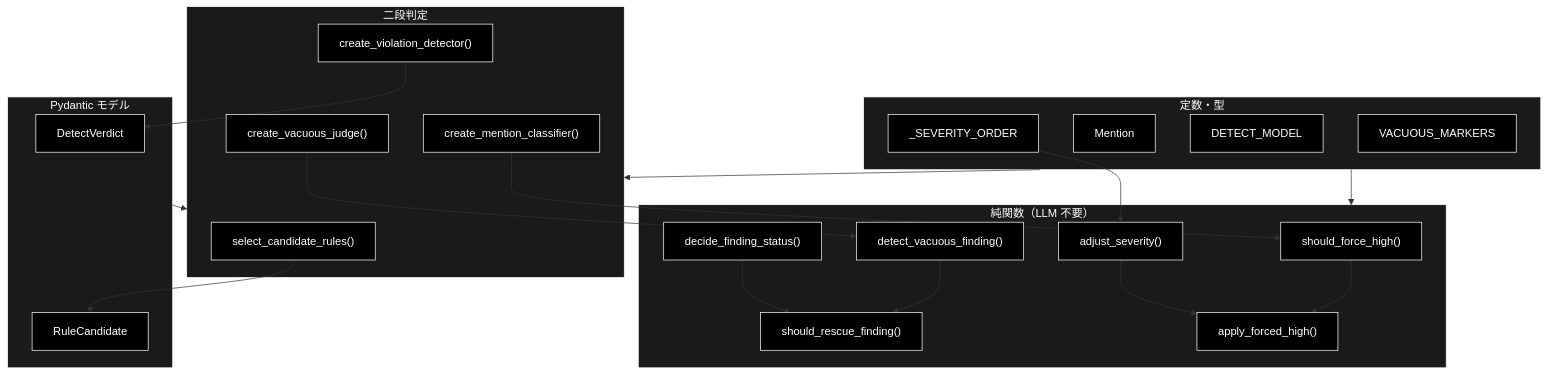
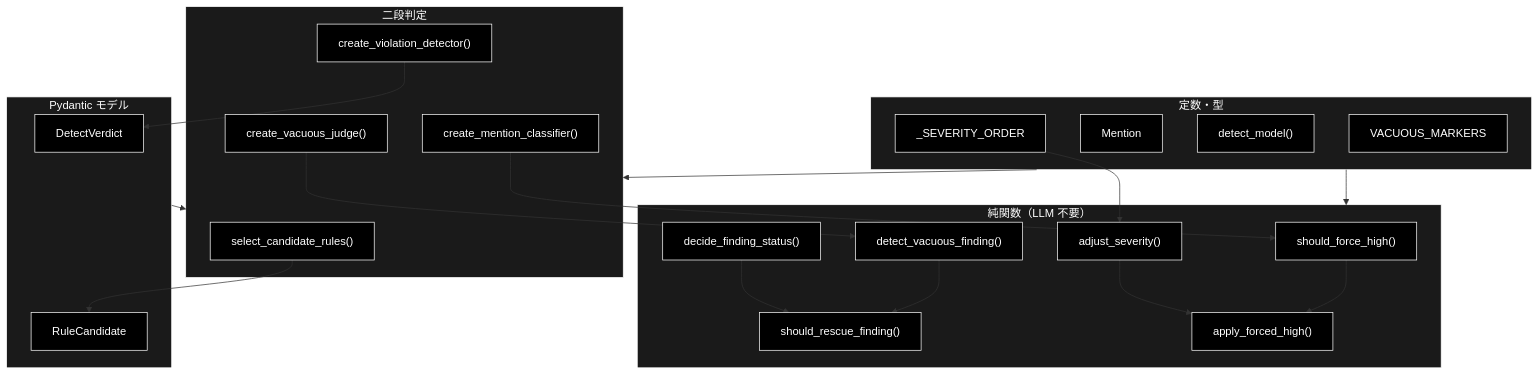
The second of 3 diagrams in backend/docs/core_review_gates.md (nakashima2toshio/grace_v2_local), drawn with Mermaid before and after one commit. The commit also changed other lines of this file and 5 other files, not shown here.

````diff
--- a/backend/docs/core_review_gates.md
+++ b/backend/docs/core_review_gates.md
@@ -142,50 +142,50 @@
 ```mermaid
 flowchart TB
     subgraph CONST["定数・型"]
-        DM["DETECT_MODEL"]
+        DM["detect_model()"]
         MEN["Mention"]
         SORD["_SEVERITY_ORDER"]
         VM["VACUOUS_MARKERS"]
     end
 
     subgraph MODELS["Pydantic モデル"]
         DV["DetectVerdict"]
         RC["RuleCandidate"]
     end
 
     subgraph STAGE["二段判定"]
         SEL["select_candidate_rules()"]
         DET["create_violation_detector()"]
         CLS["create_mention_classifier()"]
         JDG["create_vacuous_judge()"]
     end
 
     subgraph PUREFN["純関数（LLM 不要）"]
         FH["should_force_high()"]
         DVF["detect_vacuous_finding()"]
         DFS["decide_finding_status()"]
         SRF["should_rescue_finding()"]
         ADJ["adjust_severity()"]
         AFH["apply_forced_high()"]
     end
 
     CONST --> STAGE
     CONST --> PUREFN
     MODELS --> STAGE
     SEL --> RC
     DET --> DV
     CLS --> FH
     JDG --> DVF
     DVF --> SRF
     DFS --> SRF
     SORD --> ADJ
     FH --> AFH
     ADJ --> AFH
 classDef default fill:#000,stroke:#fff,color:#fff
 classDef subgraphStyle fill:#1a1a1a,stroke:#fff,color:#fff
 class DM,MEN,SORD,VM,DV,RC,SEL,DET,CLS,JDG,FH,DVF,DFS,SRF,ADJ,AFH default
 style CONST fill:#1a1a1a,stroke:#fff,color:#fff
 style MODELS fill:#1a1a1a,stroke:#fff,color:#fff
 style STAGE fill:#1a1a1a,stroke:#fff,color:#fff
 style PUREFN fill:#1a1a1a,stroke:#fff,color:#fff
 ```
````
